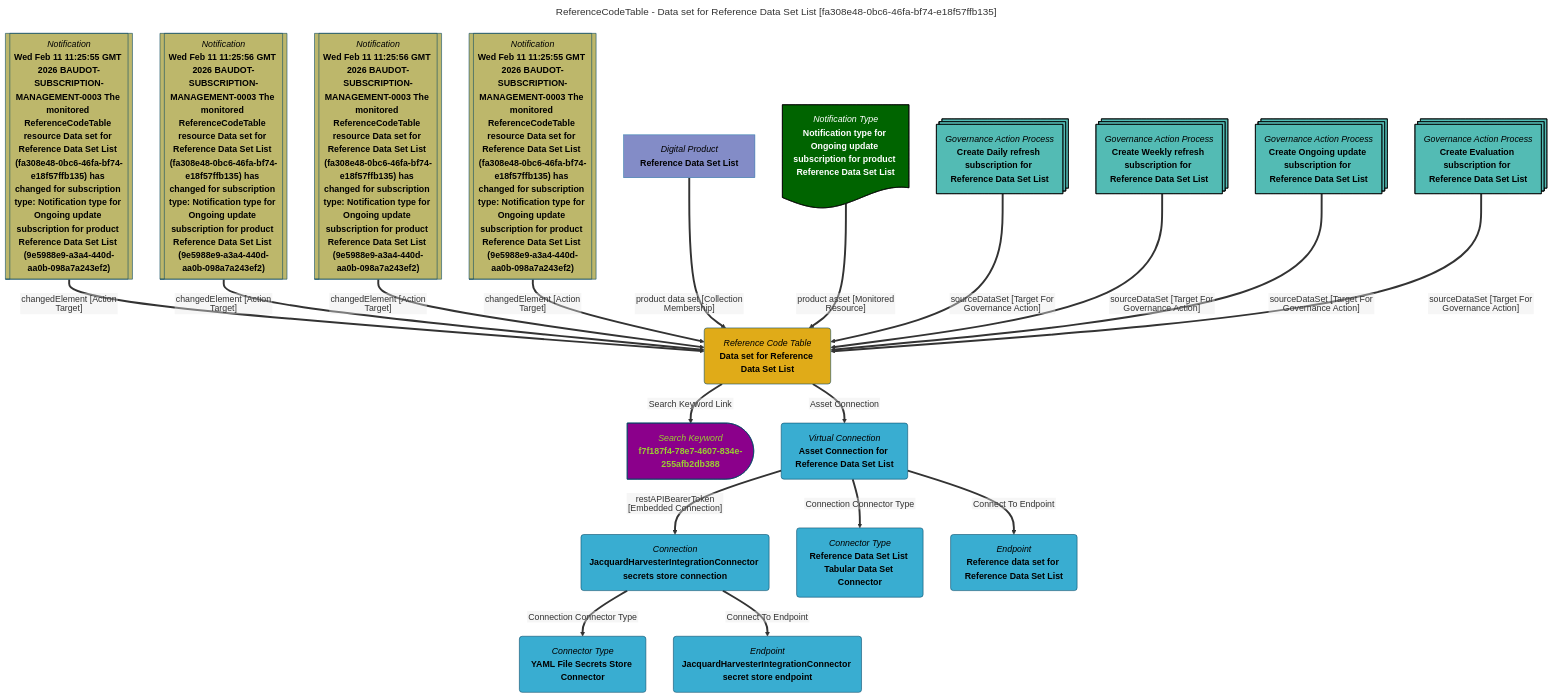
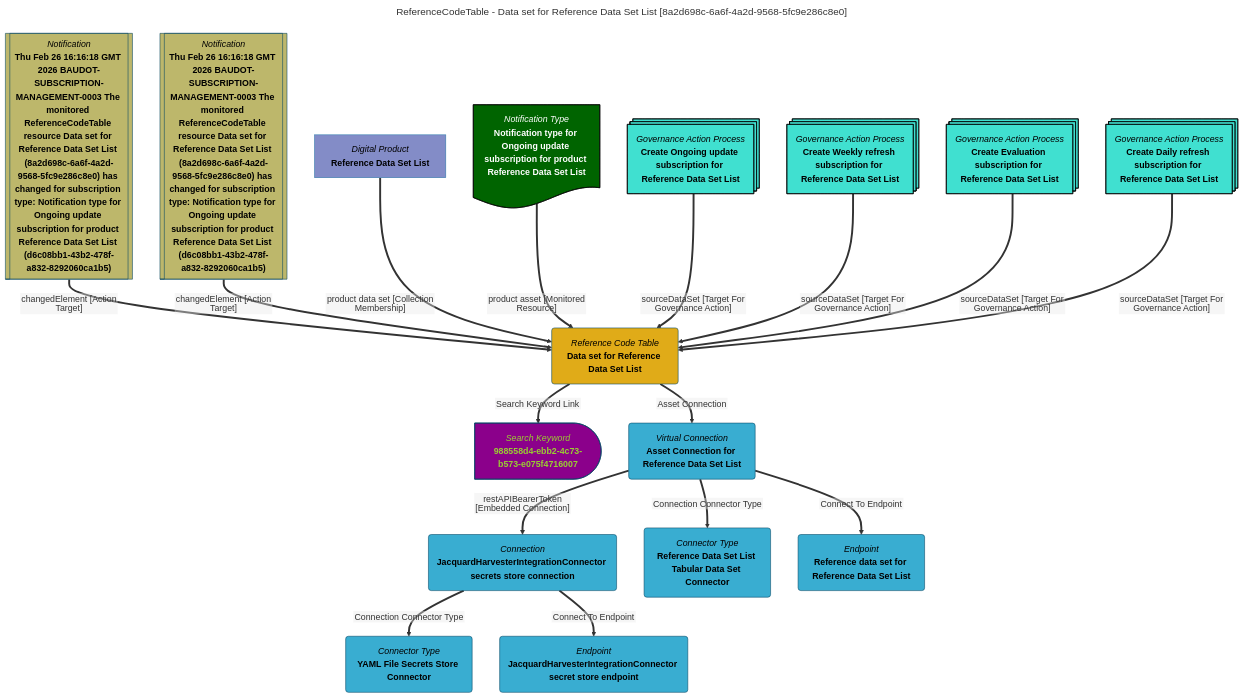
Before and after one commit to odpi/egeria-docs: the diagram in site/snippets/data-assets/data-set-for-reference-data-set-list-mermaid-graph.md, drawn with Mermaid. The commit also changed 2201 other files, not shown here.

````diff
--- a/site/snippets/data-assets/data-set-for-reference-data-set-list-mermaid-graph.md
+++ b/site/snippets/data-assets/data-set-for-reference-data-set-list-mermaid-graph.md
@@ -1,79 +1,71 @@
 ```mermaid
 ---
-title: ReferenceCodeTable - Data set for Reference Data Set List [fa308e48-0bc6-46fa-bf74-e18f57ffb135]
+title: ReferenceCodeTable - Data set for Reference Data Set List [8a2d698c-6a6f-4a2d-9568-5fc9e286c8e0]
 ---
 flowchart TD
 %%{init: {"flowchart": {"htmlLabels": false}} }%%
 
 1@{ shape: rounded, label: "*Reference Code Table*
 **Data set for Reference Data Set List**"}
 2@{ shape: delay, label: "*Search Keyword*
-**f7f187f4-78e7-4607-834e-255afb2db388**"}
+**988558d4-ebb2-4c73-b573-e075f4716007**"}
 1==>|"Search Keyword Link"|2
 3@{ shape: subproc, label: "*Notification*
-**Wed Feb 11 11:25:55 GMT 2026 BAUDOT-SUBSCRIPTION-MANAGEMENT-0003 The monitored ReferenceCodeTable resource Data set for Reference Data Set List (fa308e48-0bc6-46fa-bf74-e18f57ffb135) has changed for subscription type: Notification type for Ongoing update subscription for product Reference Data Set List (9e5988e9-a3a4-440d-aa0b-098a7a243ef2)**"}
+**Thu Feb 26 16:16:18 GMT 2026 BAUDOT-SUBSCRIPTION-MANAGEMENT-0003 The monitored ReferenceCodeTable resource Data set for Reference Data Set List (8a2d698c-6a6f-4a2d-9568-5fc9e286c8e0) has changed for subscription type: Notification type for Ongoing update subscription for product Reference Data Set List (d6c08bb1-43b2-478f-a832-8292060ca1b5)**"}
 3==>|"changedElement [Action Target]"|1
 4@{ shape: subproc, label: "*Notification*
-**Wed Feb 11 11:25:56 GMT 2026 BAUDOT-SUBSCRIPTION-MANAGEMENT-0003 The monitored ReferenceCodeTable resource Data set for Reference Data Set List (fa308e48-0bc6-46fa-bf74-e18f57ffb135) has changed for subscription type: Notification type for Ongoing update subscription for product Reference Data Set List (9e5988e9-a3a4-440d-aa0b-098a7a243ef2)**"}
+**Thu Feb 26 16:16:18 GMT 2026 BAUDOT-SUBSCRIPTION-MANAGEMENT-0003 The monitored ReferenceCodeTable resource Data set for Reference Data Set List (8a2d698c-6a6f-4a2d-9568-5fc9e286c8e0) has changed for subscription type: Notification type for Ongoing update subscription for product Reference Data Set List (d6c08bb1-43b2-478f-a832-8292060ca1b5)**"}
 4==>|"changedElement [Action Target]"|1
-5@{ shape: subproc, label: "*Notification*
-**Wed Feb 11 11:25:56 GMT 2026 BAUDOT-SUBSCRIPTION-MANAGEMENT-0003 The monitored ReferenceCodeTable resource Data set for Reference Data Set List (fa308e48-0bc6-46fa-bf74-e18f57ffb135) has changed for subscription type: Notification type for Ongoing update subscription for product Reference Data Set List (9e5988e9-a3a4-440d-aa0b-098a7a243ef2)**"}
-5==>|"changedElement [Action Target]"|1
-6@{ shape: subproc, label: "*Notification*
-**Wed Feb 11 11:25:55 GMT 2026 BAUDOT-SUBSCRIPTION-MANAGEMENT-0003 The monitored ReferenceCodeTable resource Data set for Reference Data Set List (fa308e48-0bc6-46fa-bf74-e18f57ffb135) has changed for subscription type: Notification type for Ongoing update subscription for product Reference Data Set List (9e5988e9-a3a4-440d-aa0b-098a7a243ef2)**"}
-6==>|"changedElement [Action Target]"|1
-7@{ shape: rect, label: "*Digital Product*
+5@{ shape: rect, label: "*Digital Product*
 **Reference Data Set List**"}
-7==>|"product data set [Collection Membership]"|1
-8@{ shape: rounded, label: "*Virtual Connection*
+5==>|"product data set [Collection Membership]"|1
+6@{ shape: rounded, label: "*Virtual Connection*
 **Asset Connection for Reference Data Set List**"}
-1==>|"Asset Connection"|8
-9@{ shape: rounded, label: "*Connection*
+1==>|"Asset Connection"|6
+7@{ shape: rounded, label: "*Connection*
 **JacquardHarvesterIntegrationConnector secrets store connection**"}
-8==>|"restAPIBearerToken [Embedded Connection]"|9
+6==>|"restAPIBearerToken [Embedded Connection]"|7
+8@{ shape: rounded, label: "*Connector Type*
+**YAML File Secrets Store Connector**"}
+7==>|"Connection Connector Type"|8
+9@{ shape: rounded, label: "*Endpoint*
+**JacquardHarvesterIntegrationConnector secret store endpoint**"}
+7==>|"Connect To Endpoint"|9
 10@{ shape: rounded, label: "*Connector Type*
-**YAML File Secrets Store Connector**"}
-9==>|"Connection Connector Type"|10
+**Reference Data Set List Tabular Data Set Connector**"}
+6==>|"Connection Connector Type"|10
 11@{ shape: rounded, label: "*Endpoint*
-**JacquardHarvesterIntegrationConnector secret store endpoint**"}
-9==>|"Connect To Endpoint"|11
-12@{ shape: rounded, label: "*Connector Type*
-**Reference Data Set List Tabular Data Set Connector**"}
-8==>|"Connection Connector Type"|12
-13@{ shape: rounded, label: "*Endpoint*
 **Reference data set for Reference Data Set List**"}
-8==>|"Connect To Endpoint"|13
-14@{ shape: doc, label: "*Notification Type*
+6==>|"Connect To Endpoint"|11
+12@{ shape: doc, label: "*Notification Type*
 **Notification type for Ongoing update subscription for product Reference Data Set List**"}
-14==>|"product asset [Monitored Resource]"|1
+12==>|"product asset [Monitored Resource]"|1
+13@{ shape: processes, label: "*Governance Action Process*
+**Create Ongoing update subscription for Reference Data Set List**"}
+13==>|"sourceDataSet [Target For Governance Action]"|1
+14@{ shape: processes, label: "*Governance Action Process*
+**Create Weekly refresh subscription for Reference Data Set List**"}
+14==>|"sourceDataSet [Target For Governance Action]"|1
 15@{ shape: processes, label: "*Governance Action Process*
-**Create Daily refresh subscription for Reference Data Set List**"}
+**Create Evaluation subscription for Reference Data Set List**"}
 15==>|"sourceDataSet [Target For Governance Action]"|1
 16@{ shape: processes, label: "*Governance Action Process*
-**Create Weekly refresh subscription for Reference Data Set List**"}
+**Create Daily refresh subscription for Reference Data Set List**"}
 16==>|"sourceDataSet [Target For Governance Action]"|1
-17@{ shape: processes, label: "*Governance Action Process*
-**Create Ongoing update subscription for Reference Data Set List**"}
-17==>|"sourceDataSet [Target For Governance Action]"|1
-18@{ shape: processes, label: "*Governance Action Process*
-**Create Evaluation subscription for Reference Data Set List**"}
-18==>|"sourceDataSet [Target For Governance Action]"|1
 style 11 color:#000000, fill:#39add1, stroke:#004563
-style 12 color:#000000, fill:#39add1, stroke:#004563
-style 13 color:#000000, fill:#39add1, stroke:#004563
-style 14 color:#FFFFFF, fill:#006400, stroke:#000000
-style 15 color:#000000, fill:#53bbb4, stroke:#000000
-style 16 color:#000000, fill:#53bbb4, stroke:#000000
-style 17 color:#000000, fill:#53bbb4, stroke:#000000
-style 18 color:#000000, fill:#53bbb4, stroke:#000000
+style 12 color:#FFFFFF, fill:#006400, stroke:#000000
+style 13 color:#000000, fill:#40E0D0, stroke:#000000
+style 14 color:#000000, fill:#40E0D0, stroke:#000000
+style 15 color:#000000, fill:#40E0D0, stroke:#000000
+style 16 color:#000000, fill:#40E0D0, stroke:#000000
 style 1 color:#000000, fill:#e0ab18, stroke:#004563
-style 2 color:#9acd32, fill:#8b008b, stroke:#004563
-style 3 color:#000000, fill:#bdb76b, stroke:#004563
-style 4 color:#000000, fill:#bdb76b, stroke:#004563
-style 5 color:#000000, fill:#bdb76b, stroke:#004563
-style 6 color:#000000, fill:#bdb76b, stroke:#004563
-style 7 color:#000000, fill:#838cc7, stroke:#3079ab
+style 2 color:#9ACD32, fill:#8B008B, stroke:#004563
+style 3 color:#000000, fill:#BDB76B, stroke:#004563
+style 4 color:#000000, fill:#BDB76B, stroke:#004563
+style 5 color:#000000, fill:#838cc7, stroke:#3079ab
+style 6 color:#000000, fill:#39add1, stroke:#004563
+style 7 color:#000000, fill:#39add1, stroke:#004563
 style 8 color:#000000, fill:#39add1, stroke:#004563
 style 9 color:#000000, fill:#39add1, stroke:#004563
 style 10 color:#000000, fill:#39add1, stroke:#004563
 ```
````
